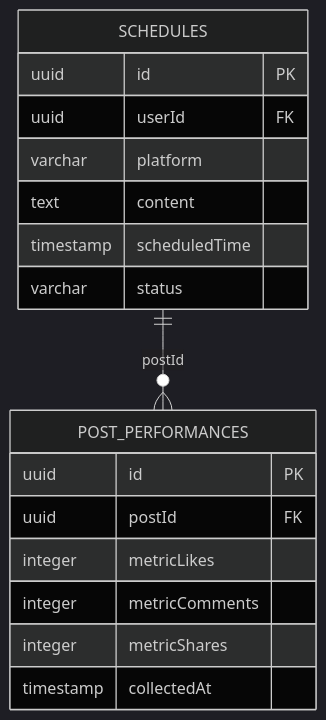
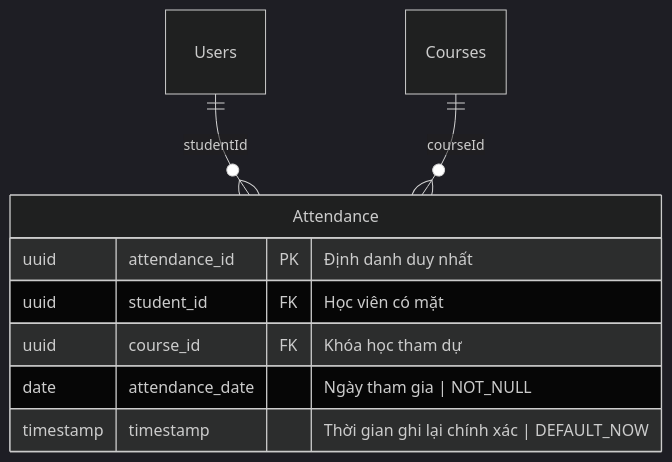
One commit to hainguyen81/enterprise-it-ai changed the sixth of 12 diagrams in sources/storage/business-analysis/membership-hub/requirements.md. Above: the diagram before and after it, drawn with Mermaid (dark theme). The commit also changed other lines of this file and 5 other files, not shown here.

````diff
--- a/sources/storage/business-analysis/membership-hub/requirements.md
+++ b/sources/storage/business-analysis/membership-hub/requirements.md
@@ -131,20 +446,12 @@
 ```mermaid
 erDiagram
-    SCHEDULES ||--o{ POST_PERFORMANCES : "postId"
-    SCHEDULES {
-        uuid id PK
-        uuid userId FK
-        varchar platform
-        text content
-        timestamp scheduledTime
-        varchar status
+    Attendance {
+        uuid attendance_id PK "Định danh duy nhất"
+        uuid student_id FK "Học viên có mặt"
+        uuid course_id FK "Khóa học tham dự"
+        date attendance_date "Ngày tham gia | NOT_NULL"
+        timestamp timestamp "Thời gian ghi lại chính xác | DEFAULT_NOW"
     }
-    POST_PERFORMANCES {
-        uuid id PK
-        uuid postId FK
-        integer metricLikes
-        integer metricComments
-        integer metricShares
-        timestamp collectedAt
-    }
+    Users ||--o{ Attendance : "studentId"
+    Courses ||--o{ Attendance : "courseId"
 ```
````
